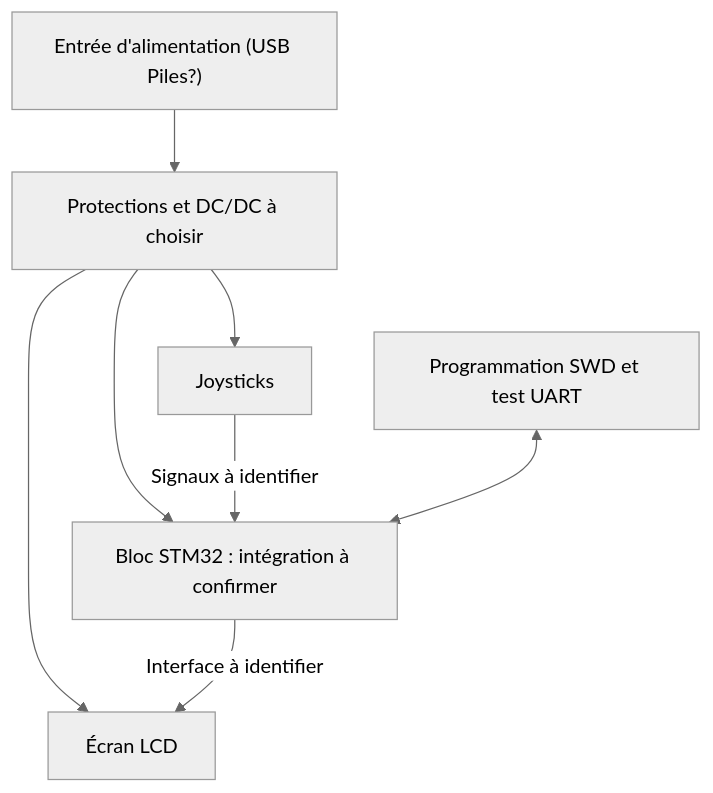
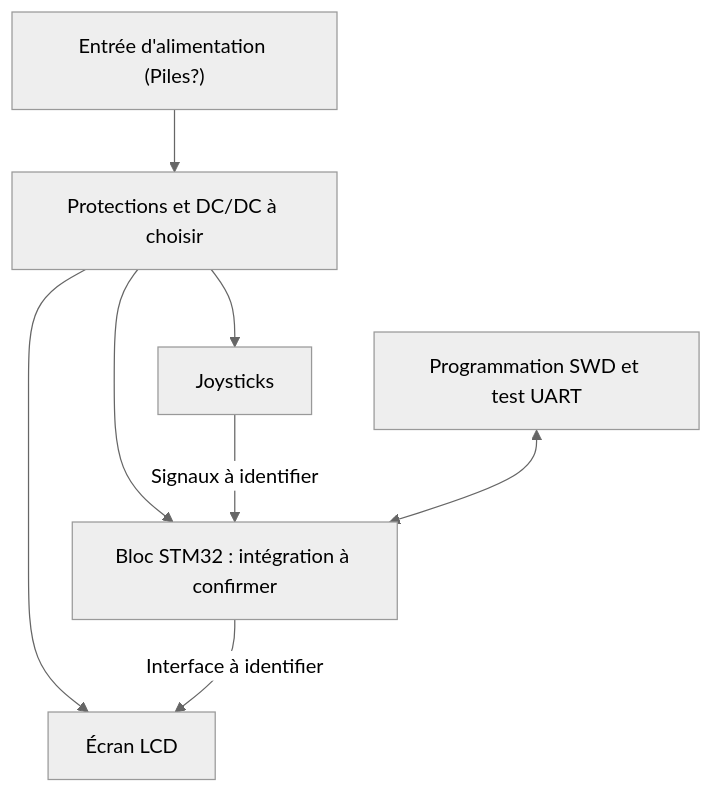
The diagram in Documents/02-Architecture-Diagrammes/MiniConsole_architecture.md (anir377/MiniController_STM32), drawn with Mermaid (neutral theme) before and after one commit.

````diff
--- a/Documents/02-Architecture-Diagrammes/MiniConsole_architecture.md
+++ b/Documents/02-Architecture-Diagrammes/MiniConsole_architecture.md
@@ -5,10 +5,10 @@
 ```mermaid
 flowchart TB
-    P["Entrée d'alimentation (USB Piles?) "] --> A["Protections et DC/DC à choisir"]
+    P["Entrée d'alimentation (Piles?) "] --> A["Protections et DC/DC à choisir"]
     A --> M["Bloc STM32 : intégration à confirmer"]
     A --> L["Écran LCD "]
     A --> J["Joysticks "]
     J -->|"Signaux à identifier"| M
     M -->|"Interface à identifier"| L
     D["Programmation SWD et test UART"] <--> M
 ```
````
